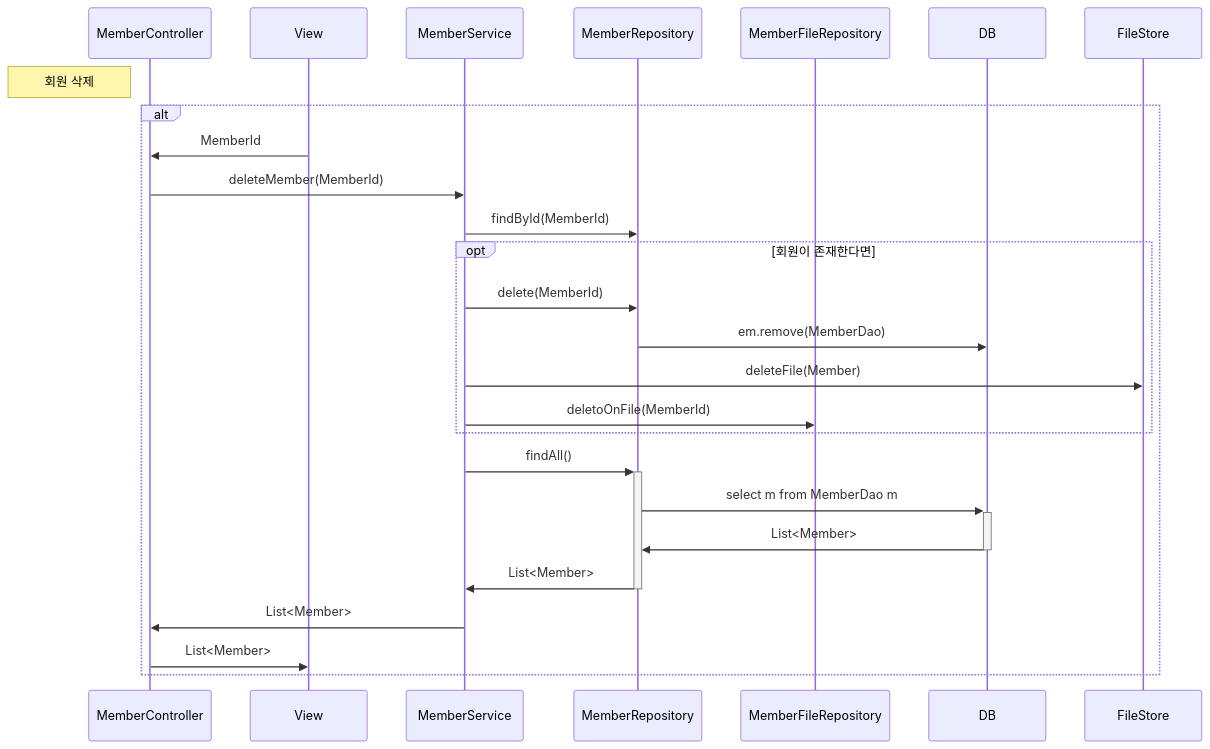
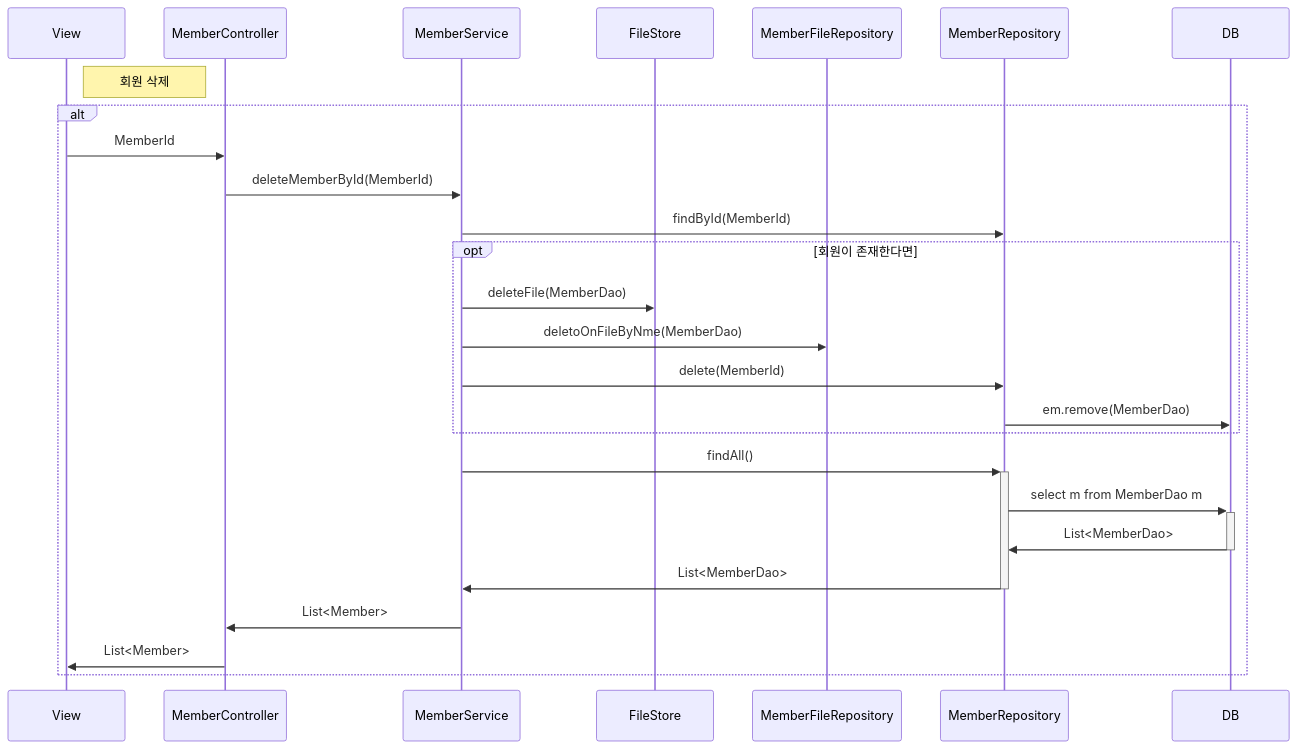
Before and after one commit to zittoooo/Page: the fourth of 4 diagrams in seq.md, drawn with Mermaid. The commit also changed other lines of this file, not shown here.

Commit message:
update 수정으로 시퀀스 다이어그램 수정

````diff
--- a/seq.md
+++ b/seq.md
@@ -111,29 +114,29 @@
 ```mermaid
 sequenceDiagram
+    participant V as View
     participant C as MemberController
-    participant V as View
-    participant S as MemberService 
+    participant S as MemberService
+    participant FS as FileStore
+    participant FR as MemberFileRepository
     participant R as MemberRepository
-    participant F as MemberFileRepository
 
     Note left of C: 회원 삭제
     alt
     V->>C:MemberId
-    C->>S:deleteMember(MemberId)
+    C->>S:deleteMemberById(MemberId)
     S->>R:findById(MemberId)
     opt 회원이 존재한다면
+        S->>FS:deleteFile(MemberDao)
+        S->>FR:deletoOnFileByNme(MemberDao)
         S->>R:delete(MemberId)
         R->>DB:em.remove(MemberDao)
-        S->>FileStore:deleteFile(Member)
-        S->>F:deletoOnFile(MemberId)
-
     end
     S->>+R:findAll()
     R->>+DB:select m from MemberDao m
-    DB->>-R: List<Member>
-    R->>-S:List<Member>
+    DB->>-R: List<MemberDao>
+    R->>-S:List<MemberDao>
     S->>C:List<Member>
     C->>V:List<Member>
     end
 
 ```
````
